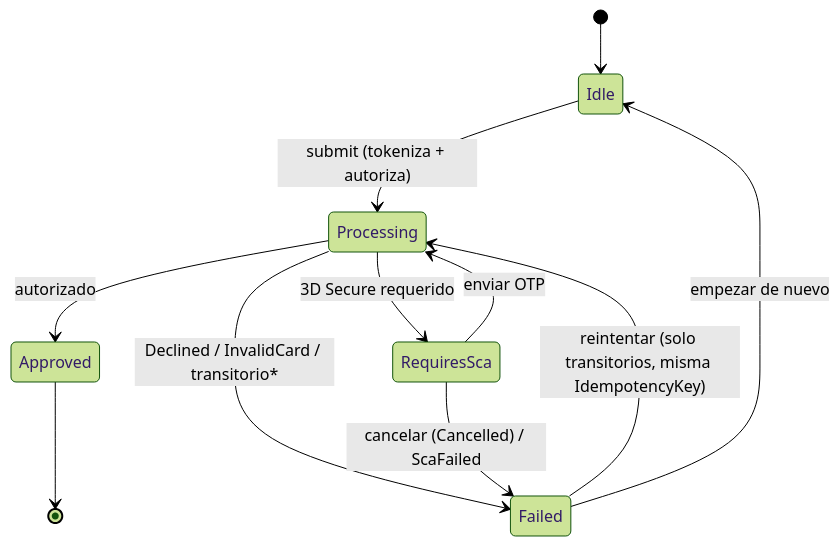
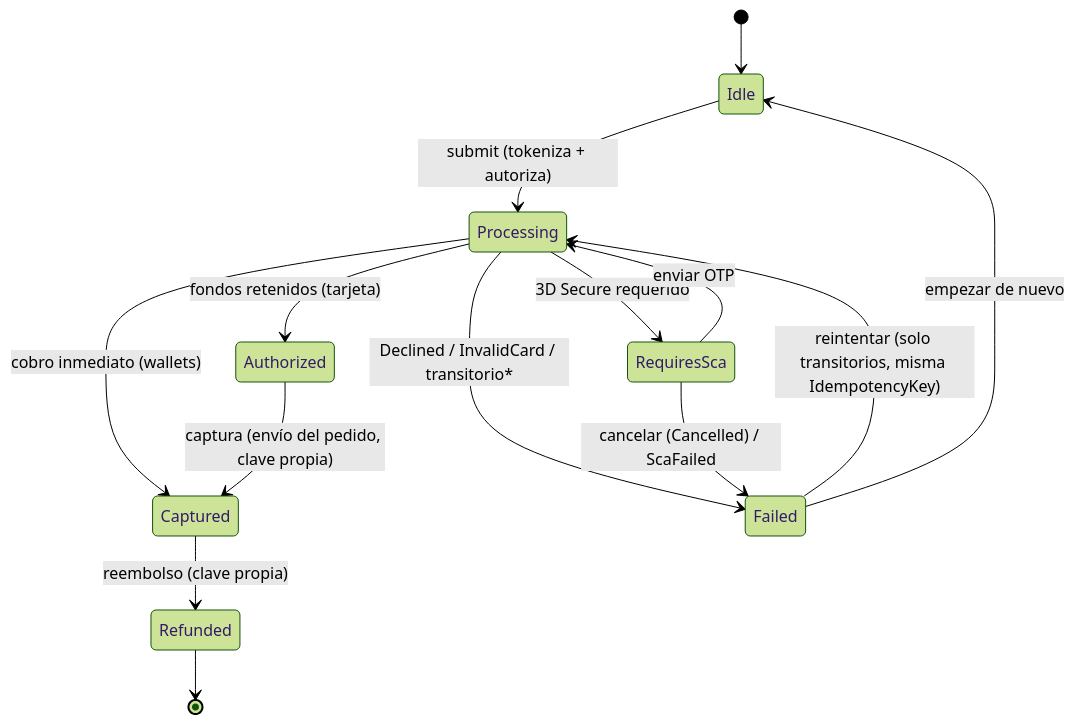
One commit to apptolast/CheckoutKMP changed the diagram in README.md. Above: the diagram before and after it, drawn with Mermaid (forest theme). The commit also changed other lines of this file and 1 other file, not shown here.

First line of the commit message:
docs: document authorization vs capture (phase 9) and the retail roadmap

````diff
--- a/README.md
+++ b/README.md
@@ -112,13 +125,16 @@
 ```mermaid
 stateDiagram-v2
     [*] --> Idle
     Idle --> Processing: submit (tokeniza + autoriza)
-    Processing --> Approved: autorizado
+    Processing --> Authorized: fondos retenidos (tarjeta)
+    Processing --> Captured: cobro inmediato (wallets)
     Processing --> RequiresSca: 3D Secure requerido
     Processing --> Failed: Declined / InvalidCard / transitorio*
     RequiresSca --> Processing: enviar OTP
     RequiresSca --> Failed: cancelar (Cancelled) / ScaFailed
     Failed --> Processing: reintentar (solo transitorios, misma IdempotencyKey)
     Failed --> Idle: empezar de nuevo
-    Approved --> [*]
+    Authorized --> Captured: captura (envío del pedido, clave propia)
+    Captured --> Refunded: reembolso (clave propia)
+    Refunded --> [*]
 ```
````
